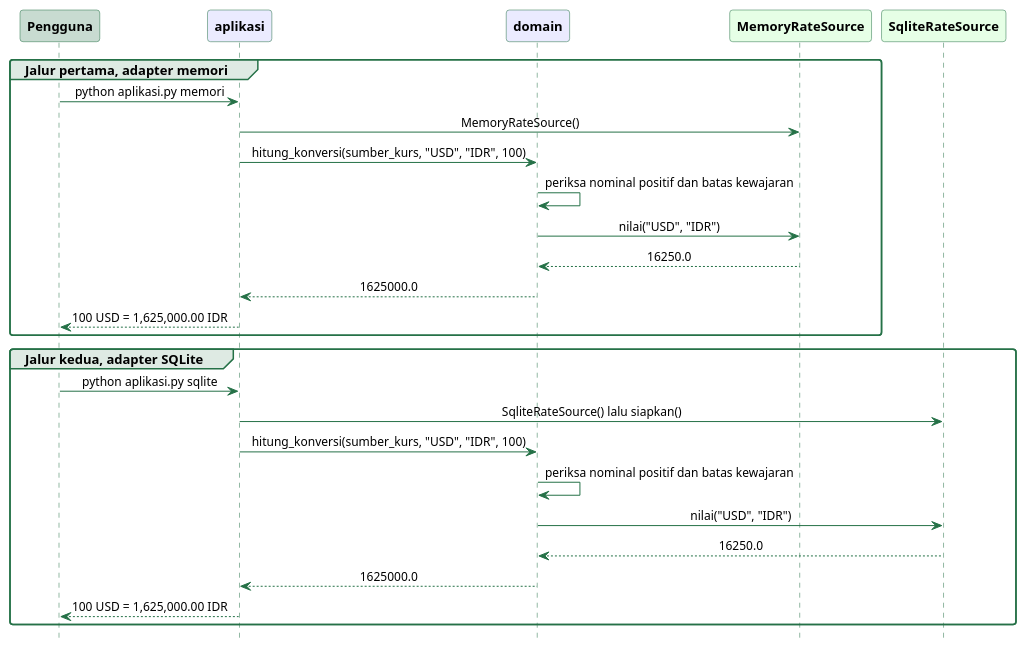
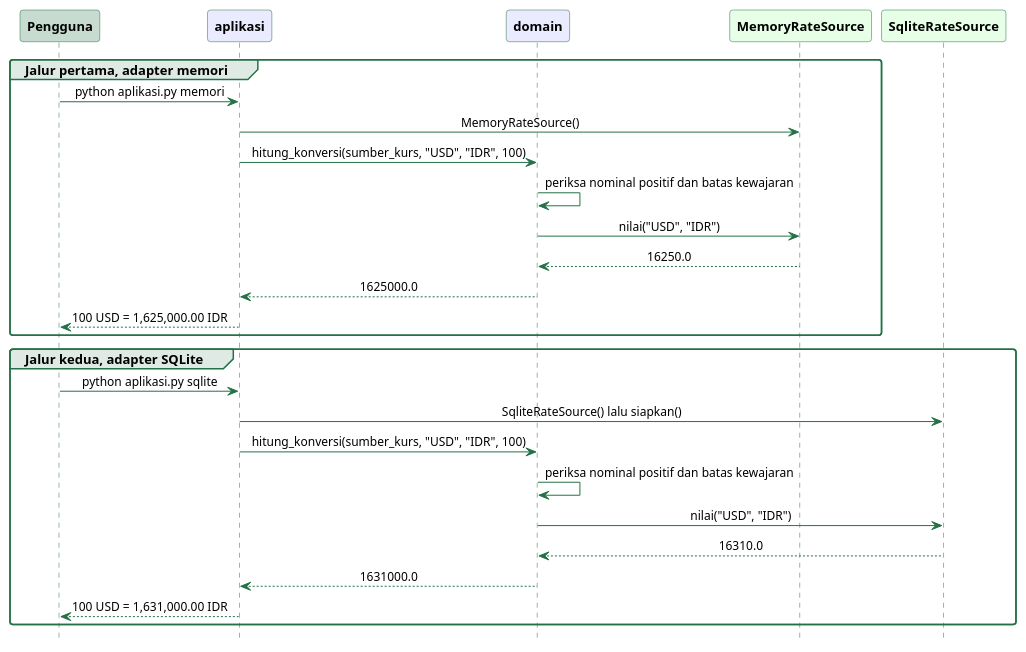
The diagram in sources/chapter04/diagram/sekuens-port-adapter.puml (alfa-yohannis/software-architecture), drawn with PlantUML before and after one commit. The commit also changed 13 other files, not shown here.

```diff
--- a/sources/chapter04/diagram/sekuens-port-adapter.puml
+++ b/sources/chapter04/diagram/sekuens-port-adapter.puml
@@ -11,54 +11,54 @@
 @startuml
 skinparam backgroundColor transparent
 skinparam defaultFontName Titillium Web
 skinparam defaultFontSize 13
 skinparam shadowing false
 skinparam roundCorner 6
 skinparam sequenceMessageAlignment center
 skinparam sequence {
   ArrowColor #257147
   ArrowFontSize 12
   LifeLineBorderColor #257147
   LifeLineBackgroundColor #DEEAE3
   ParticipantBorderColor #257147
   ParticipantFontColor black
   ParticipantFontSize 13
   ParticipantFontStyle bold
   GroupBackgroundColor #DEEAE3
   GroupBorderColor #257147
 }
 skinparam note {
   BackgroundColor #DEEAE3
   BorderColor #257147
   FontSize 12
 }
 hide footbox
 
 participant Pengguna as U #C8DBD1
 participant aplikasi as A #EBEBFF
 participant domain as D #EBEBFF
 participant MemoryRateSource as M #E6FFE6
 participant SqliteRateSource as S #E6FFE6
 
 group Jalur pertama, adapter memori
   U -> A : python aplikasi.py memori
   A -> M : MemoryRateSource()
   A -> D : hitung_konversi(sumber_kurs, "USD", "IDR", 100)
   D -> D : periksa nominal positif dan batas kewajaran
   D -> M : nilai("USD", "IDR")
   M --> D : 16250.0
   D --> A : 1625000.0
   A --> U : 100 USD = 1,625,000.00 IDR
 end
 
 group Jalur kedua, adapter SQLite
   U -> A : python aplikasi.py sqlite
   A -> S : SqliteRateSource() lalu siapkan()
   A -> D : hitung_konversi(sumber_kurs, "USD", "IDR", 100)
   D -> D : periksa nominal positif dan batas kewajaran
   D -> S : nilai("USD", "IDR")
-  S --> D : 16250.0
-  D --> A : 1625000.0
-  A --> U : 100 USD = 1,625,000.00 IDR
+  S --> D : 16310.0
+  D --> A : 1631000.0
+  A --> U : 100 USD = 1,631,000.00 IDR
 end
 @enduml
```
